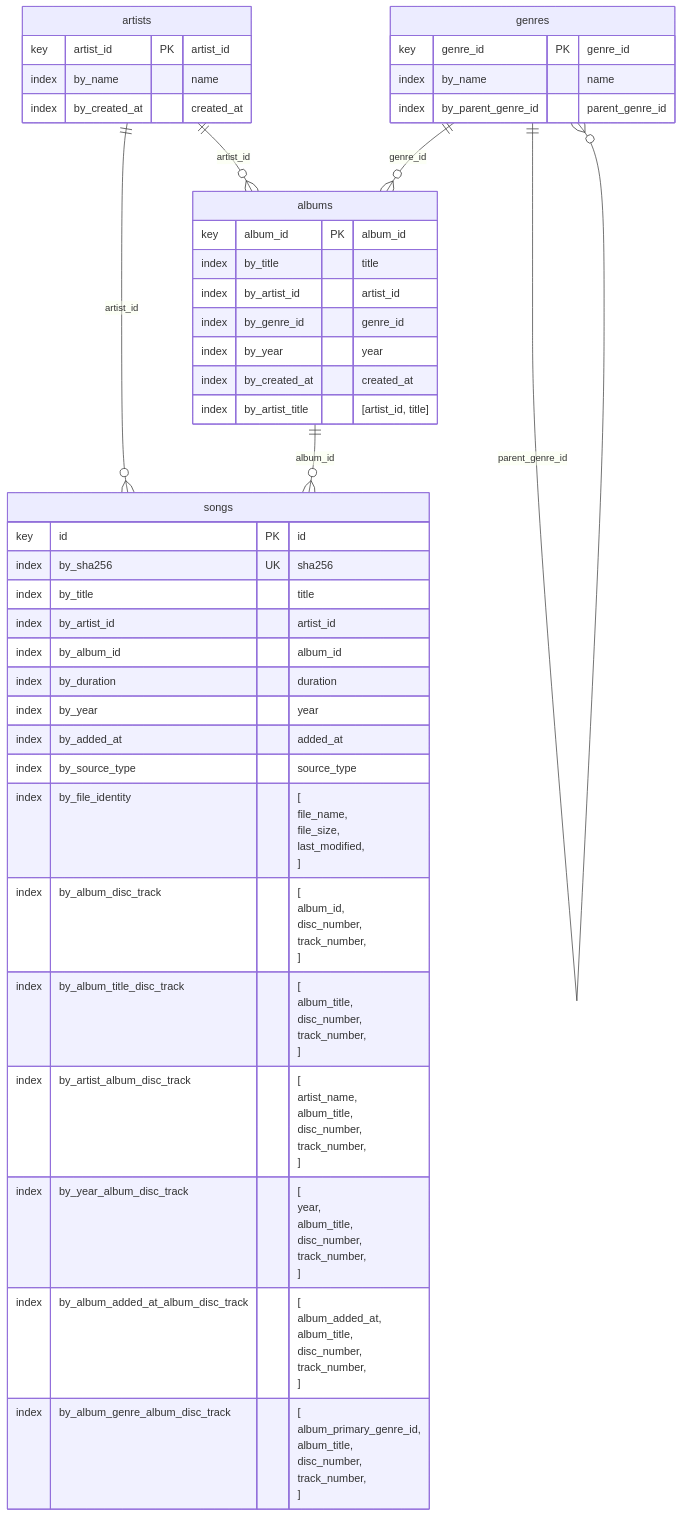
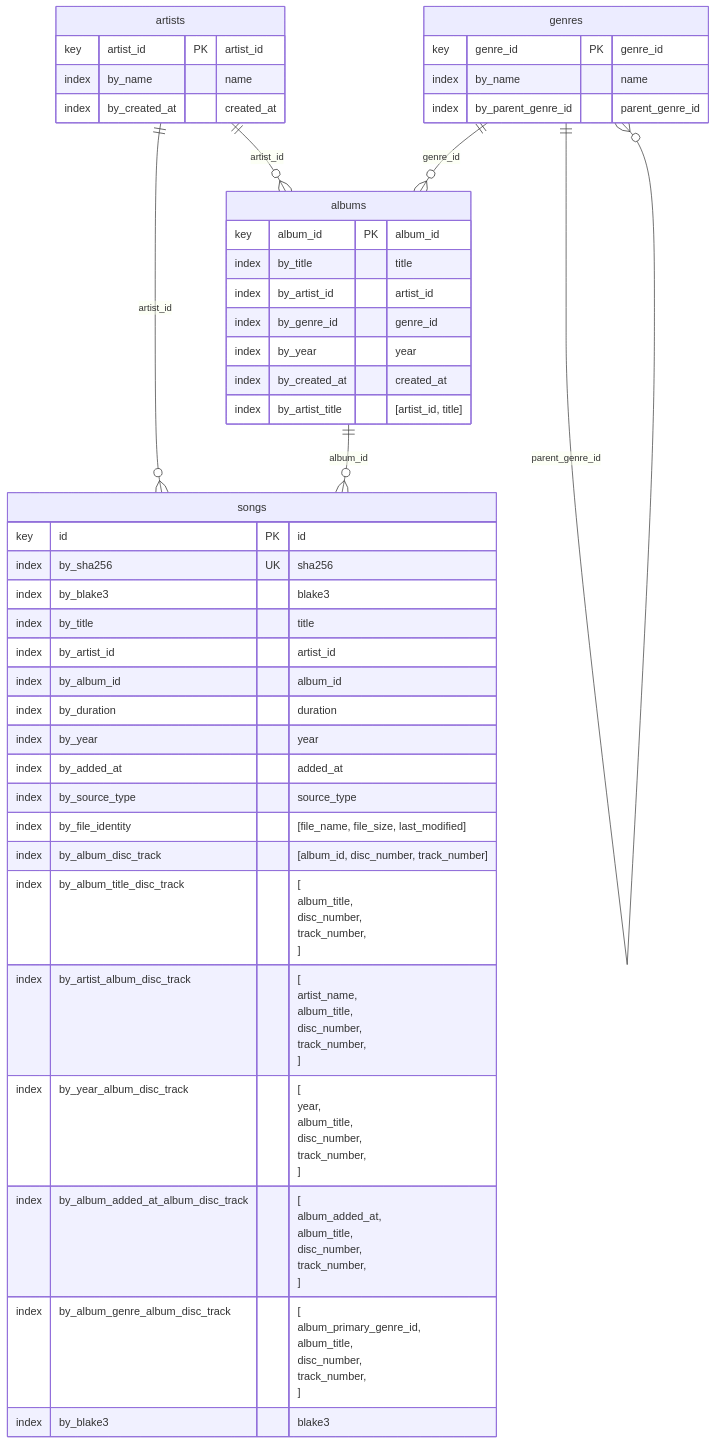
Diagram 18 of 22 in freqhole.net/src/content/docs/concepts/database.mdx (freqhole/tomb), drawn with Mermaid before and after one commit. The commit also changed other lines of this file and 22 other files, not shown here.

````diff
--- a/freqhole.net/src/content/docs/concepts/database.mdx
+++ b/freqhole.net/src/content/docs/concepts/database.mdx
@@ -854,77 +1087,71 @@
 ```mermaid
 erDiagram
   artists {
     key artist_id PK "artist_id"
     index by_name "name"
     index by_created_at "created_at"
   }
   albums {
     key album_id PK "album_id"
     index by_title "title"
     index by_artist_id "artist_id"
     index by_genre_id "genre_id"
     index by_year "year"
     index by_created_at "created_at"
     index by_artist_title "[artist_id, title]"
   }
   songs {
     key id PK "id"
     index by_sha256 UK "sha256"
+    index by_blake3 "blake3"
     index by_title "title"
     index by_artist_id "artist_id"
     index by_album_id "album_id"
     index by_duration "duration"
     index by_year "year"
     index by_added_at "added_at"
     index by_source_type "source_type"
-    index by_file_identity "[
-          file_name,
-          file_size,
-          last_modified,
-        ]"
-    index by_album_disc_track "[
-          album_id,
-          disc_number,
-          track_number,
-        ]"
+    index by_file_identity "[file_name, file_size, last_modified]"
+    index by_album_disc_track "[album_id, disc_number, track_number]"
     index by_album_title_disc_track "[
           album_title,
           disc_number,
           track_number,
         ]"
     index by_artist_album_disc_track "[
           artist_name,
           album_title,
           disc_number,
           track_number,
         ]"
     index by_year_album_disc_track "[
           year,
           album_title,
           disc_number,
           track_number,
         ]"
     index by_album_added_at_album_disc_track "[
           album_added_at,
           album_title,
           disc_number,
           track_number,
         ]"
     index by_album_genre_album_disc_track "[
           album_primary_genre_id,
           album_title,
           disc_number,
           track_number,
         ]"
+    index by_blake3 "blake3"
   }
   genres {
     key genre_id PK "genre_id"
     index by_name "name"
     index by_parent_genre_id "parent_genre_id"
   }
   artists ||--o{ albums : "artist_id"
   artists ||--o{ songs : "artist_id"
   albums ||--o{ songs : "album_id"
   genres ||--o{ albums : "genre_id"
   genres ||--o{ genres : "parent_genre_id"
 ```
````
